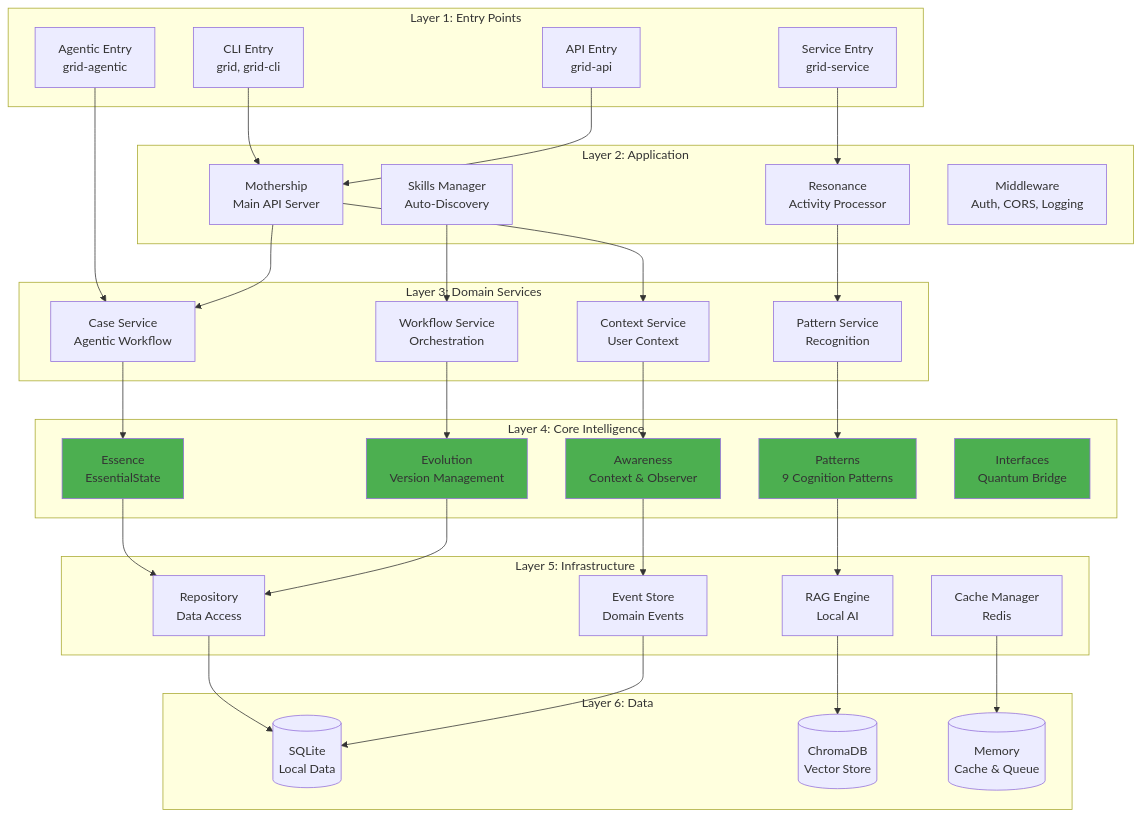
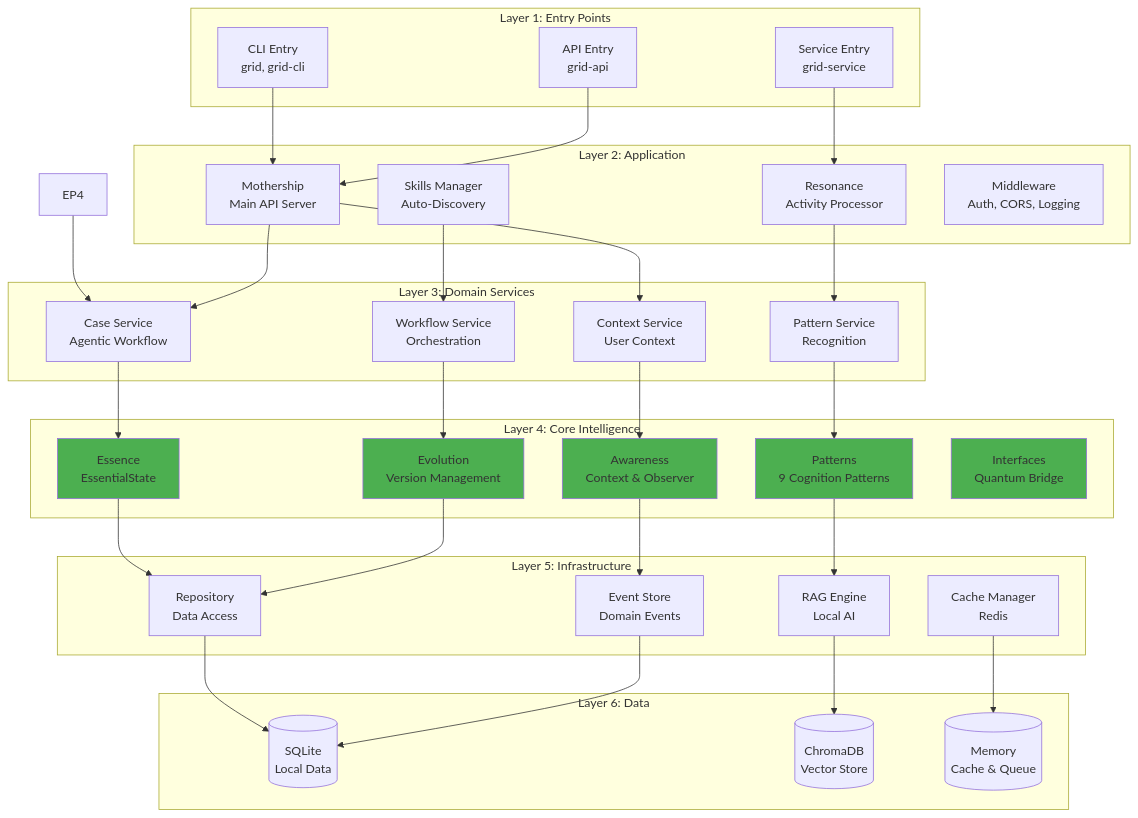
One commit to GRID-INTELLIGENCE/GRID changed the second of 29 diagrams in docs/ARCHITECTURE.md. Above: the diagram before and after it, drawn with Mermaid. The commit also changed other lines of this file and 7 other files, not shown here.

````diff
--- a/docs/ARCHITECTURE.md
+++ b/docs/ARCHITECTURE.md
@@ -111,75 +111,74 @@
 ```mermaid
 graph TB
     subgraph "Layer 1: Entry Points"
         EP1[CLI Entry<br/>grid, grid-cli]
         EP2[API Entry<br/>grid-api]
         EP3[Service Entry<br/>grid-service]
-        EP4[Agentic Entry<br/>grid-agentic]
     end
 
     subgraph "Layer 2: Application"
         A1[Mothership<br/>Main API Server]
         A2[Resonance<br/>Activity Processor]
         A3[Skills Manager<br/>Auto-Discovery]
         A4[Middleware<br/>Auth, CORS, Logging]
     end
 
     subgraph "Layer 3: Domain Services"
         D1[Case Service<br/>Agentic Workflow]
         D2[Context Service<br/>User Context]
         D3[Pattern Service<br/>Recognition]
         D4[Workflow Service<br/>Orchestration]
     end
 
     subgraph "Layer 4: Core Intelligence"
         C1[Essence<br/>EssentialState]
         C2[Patterns<br/>9 Cognition Patterns]
         C3[Awareness<br/>Context & Observer]
         C4[Evolution<br/>Version Management]
         C5[Interfaces<br/>Quantum Bridge]
     end
 
     subgraph "Layer 5: Infrastructure"
         I1[Repository<br/>Data Access]
         I2[RAG Engine<br/>Local AI]
         I3[Event Store<br/>Domain Events]
         I4[Cache Manager<br/>Redis]
     end
 
     subgraph "Layer 6: Data"
         DB1[(SQLite<br/>Local Data)]
         DB2[(ChromaDB<br/>Vector Store)]
         DB3[(Memory<br/>Cache & Queue)]
     end
 
     EP1 --> A1
     EP2 --> A1
     EP3 --> A2
     EP4 --> D1
 
     A1 --> D1
     A1 --> D2
     A2 --> D3
     A3 --> D4
 
     D1 --> C1
     D2 --> C3
     D3 --> C2
     D4 --> C4
 
     C1 --> I1
     C2 --> I2
     C3 --> I3
     C4 --> I1
 
     I1 --> DB1
     I2 --> DB2
     I3 --> DB1
     I4 --> DB3
 
     style C1 fill:#4CAF50
     style C2 fill:#4CAF50
     style C3 fill:#4CAF50
     style C4 fill:#4CAF50
     style C5 fill:#4CAF50
 ```
````
